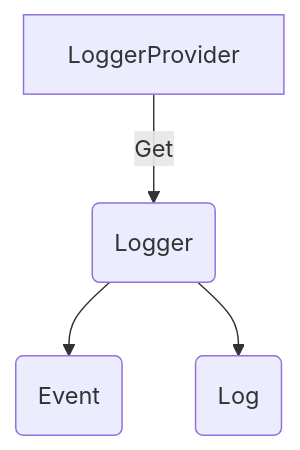
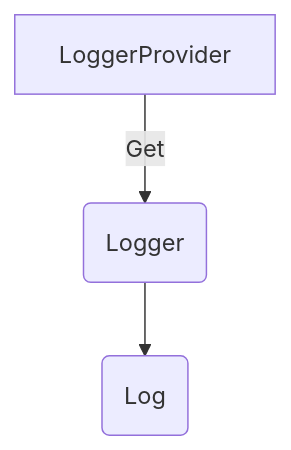
Before and after one commit to open-telemetry/opentelemetry-specification: the diagram in specification/logs/api.md, drawn with Mermaid. The commit also changed other lines of this file and 5 other files, not shown here.

First line of the commit message:
Split out Event API from Log API (#2941)

````diff
--- a/specification/logs/api.md
+++ b/specification/logs/api.md
@@ -38,6 +37,5 @@
 ```mermaid
 graph TD
     A[LoggerProvider] -->|Get| B(Logger)
-    B --> C(Event)
-    B --> D(Log)
+    B --> C(Log)
 ```
````
